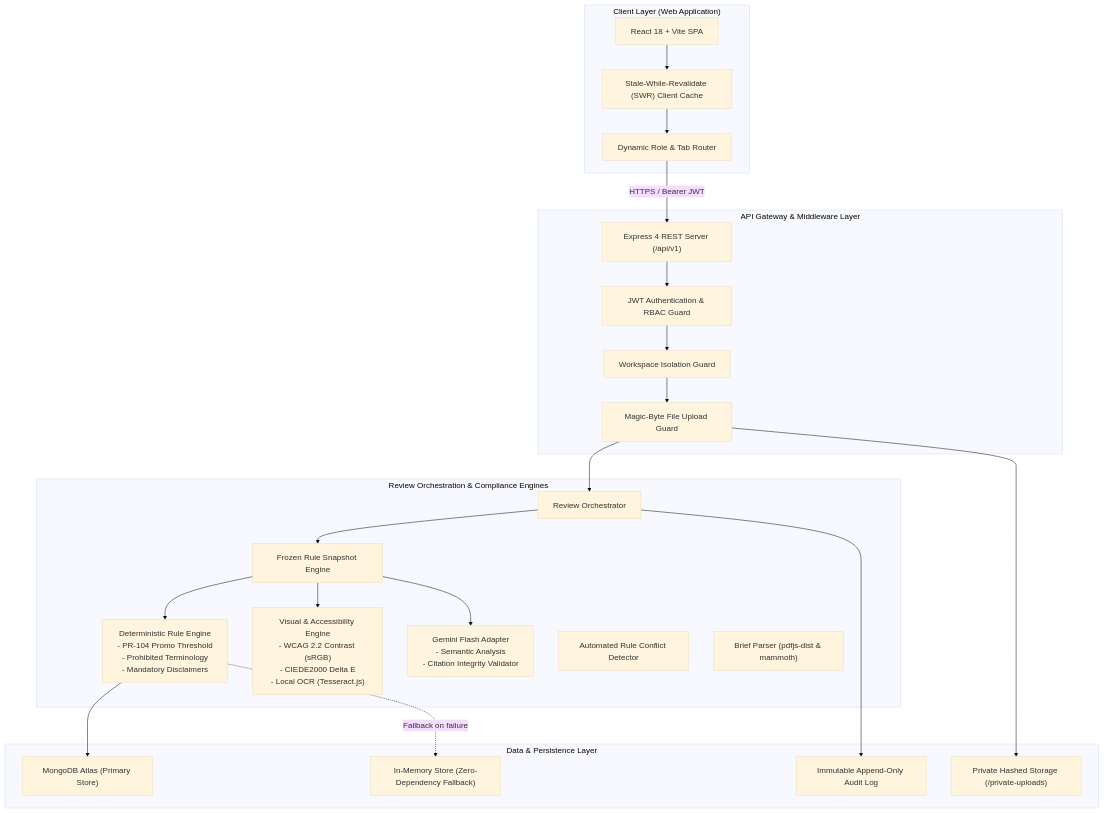
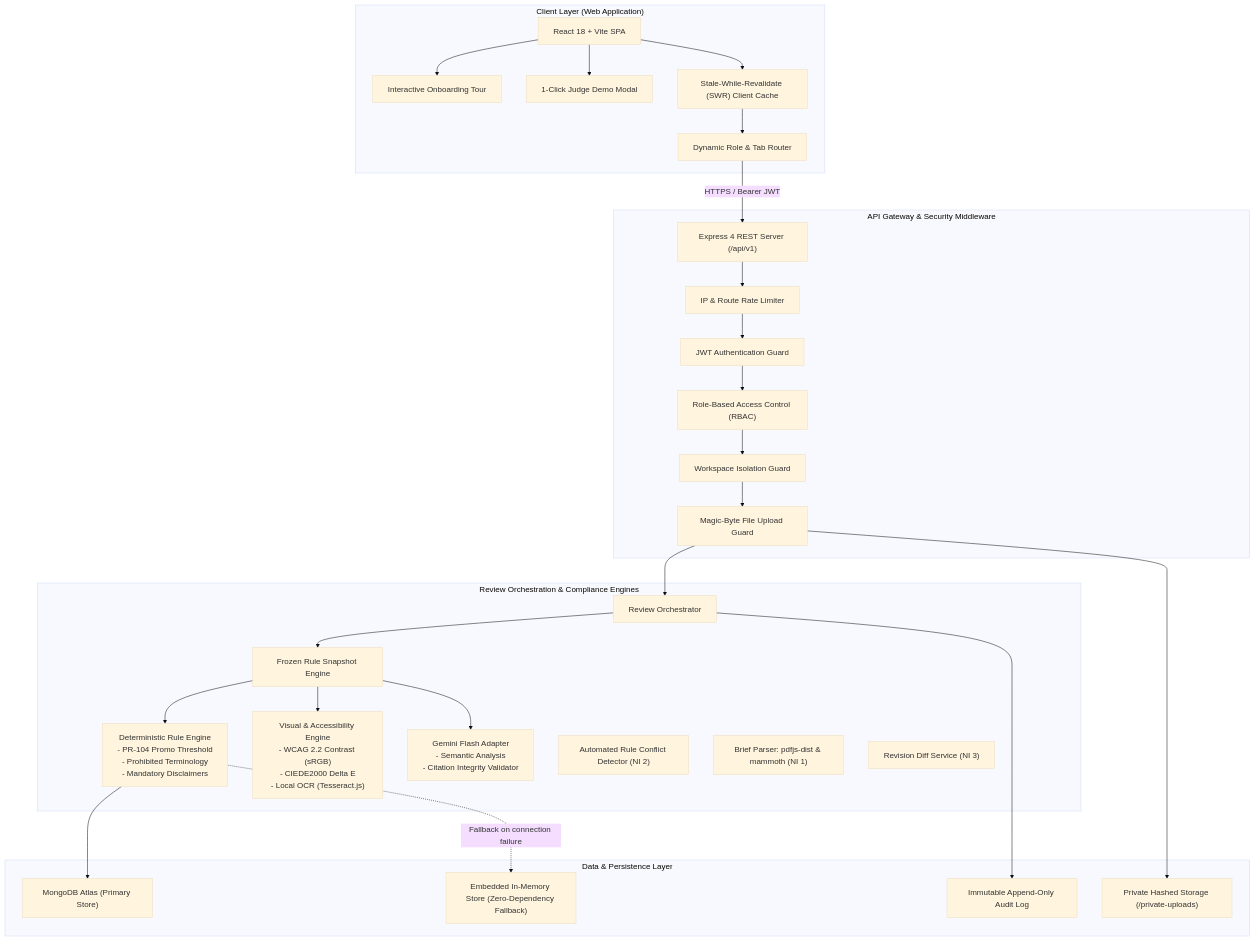
One commit to rajat552/codex-48 changed the first of 3 diagrams in README.md. Above: the diagram before and after it, drawn with Mermaid (base theme). The commit also changed other lines of this file, not shown here.

Commit message:
docs: modernize and professionalize README with architecture, benchmarks, and file tree

````diff
--- a/README.md
+++ b/README.md
@@ -194,46 +224,53 @@
 ```mermaid
 flowchart TD
     subgraph ClientLayer ["Client Layer (Web Application)"]
         UI["React 18 + Vite SPA"]
+        Tour["Interactive Onboarding Tour"]
+        JudgeModal["1-Click Judge Demo Modal"]
         Cache["Stale-While-Revalidate (SWR) Client Cache"]
         Router["Dynamic Role & Tab Router"]
+        UI --> Tour
+        UI --> JudgeModal
         UI --> Cache --> Router
     end
 
-    subgraph ApiGateway ["API Gateway & Middleware Layer"]
+    subgraph ApiGateway ["API Gateway & Security Middleware"]
         Express["Express 4 REST Server (/api/v1)"]
-        AuthGuard["JWT Authentication & RBAC Guard"]
+        AuthGuard["JWT Authentication Guard"]
+        RoleGuard["Role-Based Access Control (RBAC)"]
         TenantGuard["Workspace Isolation Guard"]
         UploadGuard["Magic-Byte File Upload Guard"]
+        RateLimiter["IP & Route Rate Limiter"]
         Router -->|HTTPS / Bearer JWT| Express
-        Express --> AuthGuard --> TenantGuard --> UploadGuard
+        Express --> RateLimiter --> AuthGuard --> RoleGuard --> TenantGuard --> UploadGuard
     end
 
     subgraph CoreEngine ["Review Orchestration & Compliance Engines"]
         Orchestrator["Review Orchestrator"]
         Snapshot["Frozen Rule Snapshot Engine"]
         DetEngine["Deterministic Rule Engine\n- PR-104 Promo Threshold\n- Prohibited Terminology\n- Mandatory Disclaimers"]
         VisualEngine["Visual & Accessibility Engine\n- WCAG 2.2 Contrast (sRGB)\n- CIEDE2000 Delta E\n- Local OCR (Tesseract.js)"]
         AIAdapter["Gemini Flash Adapter\n- Semantic Analysis\n- Citation Integrity Validator"]
-        ConflictDetector["Automated Rule Conflict Detector"]
-        BriefParser["Brief Parser (pdfjs-dist & mammoth)"]
+        ConflictDetector["Automated Rule Conflict Detector (NI 2)"]
+        BriefParser["Brief Parser: pdfjs-dist & mammoth (NI 1)"]
+        DiffService["Revision Diff Service (NI 3)"]
         
         UploadGuard --> Orchestrator
         Orchestrator --> Snapshot
         Snapshot --> DetEngine
         Snapshot --> VisualEngine
         Snapshot --> AIAdapter
     end
 
     subgraph DataLayer ["Data & Persistence Layer"]
         Mongo["MongoDB Atlas (Primary Store)"]
-        MemFallback["In-Memory Store (Zero-Dependency Fallback)"]
+        MemFallback["Embedded In-Memory Store (Zero-Dependency Fallback)"]
         AuditStore["Immutable Append-Only Audit Log"]
         FileStorage["Private Hashed Storage (/private-uploads)"]
         
         Orchestrator --> AuditStore
         DetEngine --> Mongo
-        DetEngine -.->|Fallback on failure| MemFallback
+        DetEngine -.->|Fallback on connection failure| MemFallback
         UploadGuard --> FileStorage
     end
 ```
````
